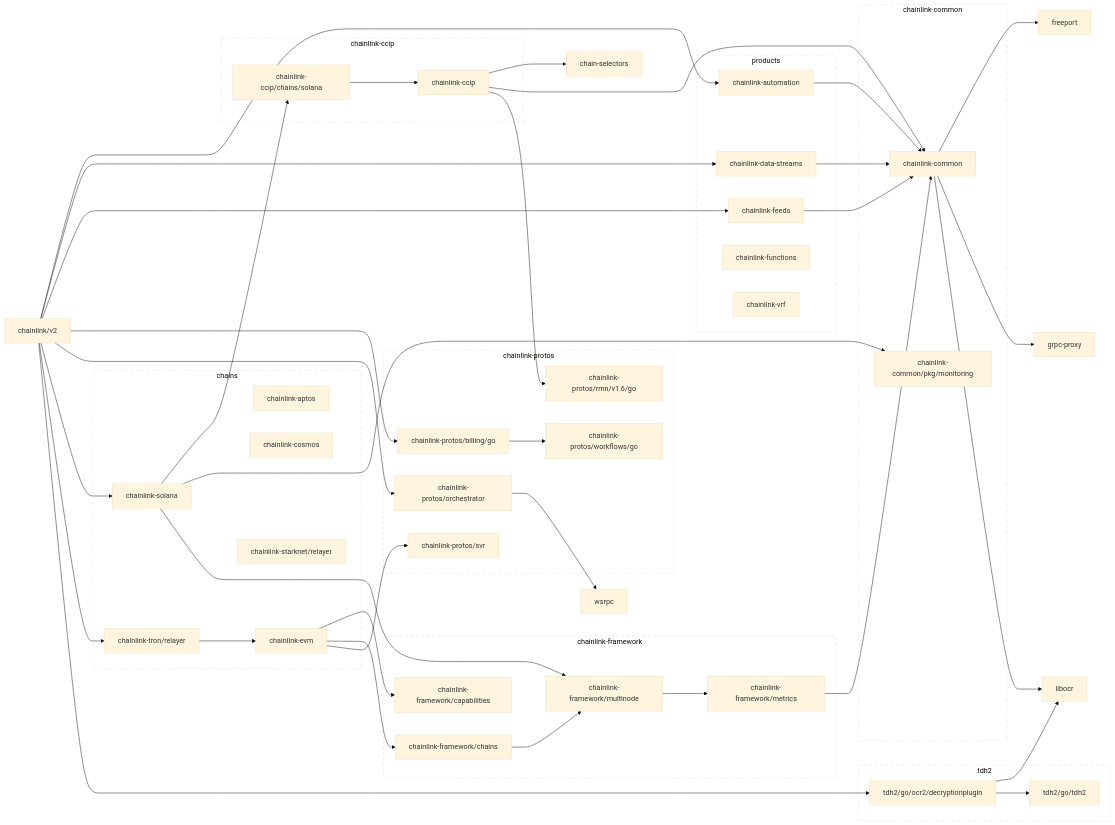
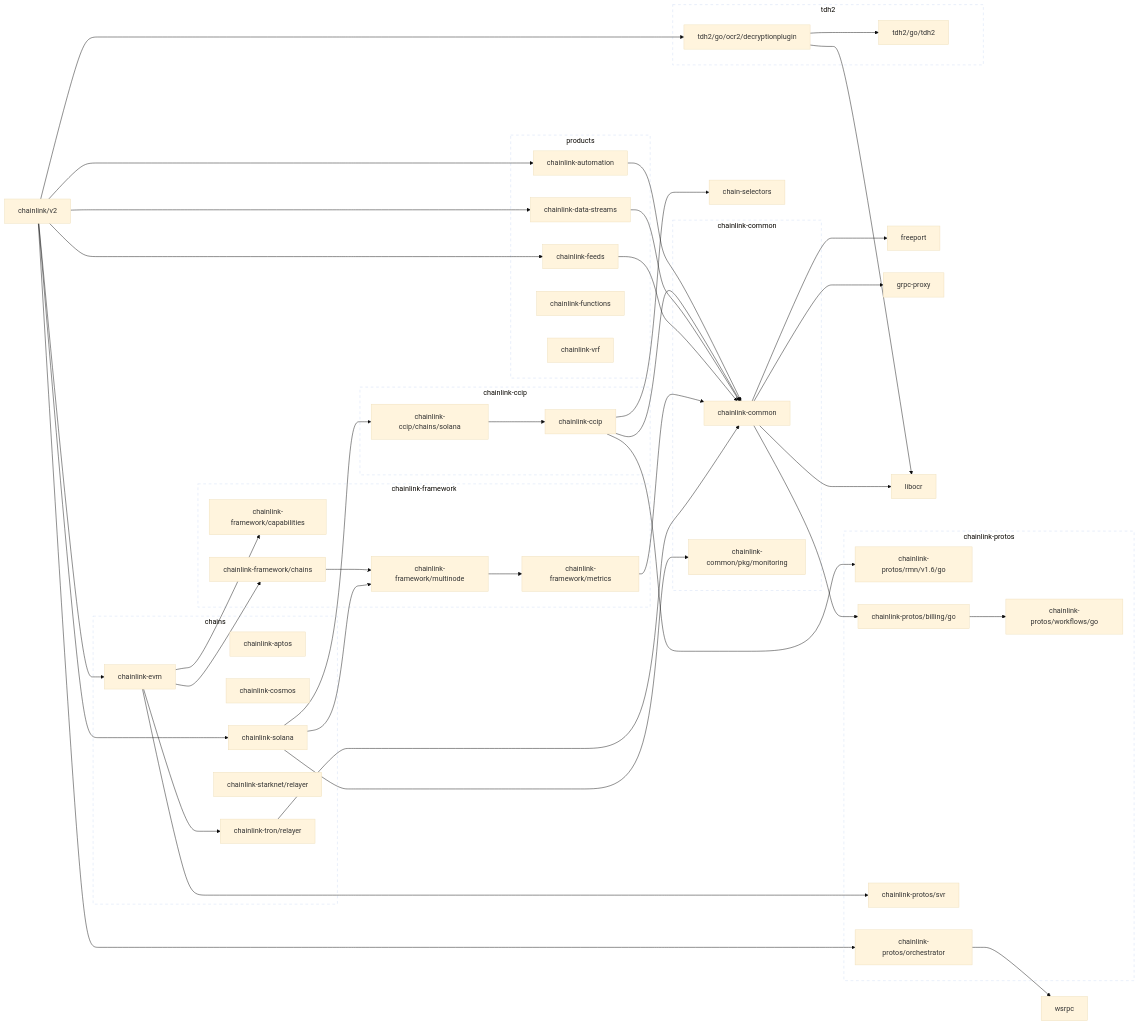
One commit to JohnDaWalka/chainlink changed the first of 2 diagrams in go.md. Above: the diagram before and after it, drawn with Mermaid (base theme). The commit also changed other lines of this file and 6 other files, not shown here.

First line of the commit message:
Bump chainlink-evm to include SenderAddress for gas estimation (#17997)

```diff
--- a/go.md
+++ b/go.md
@@ -32,6 +32,7 @@
 	click chainlink-ccip href "https://github.com/smartcontractkit/chainlink-ccip"
 	chainlink-ccip/chains/solana --> chainlink-ccip
 	click chainlink-ccip/chains/solana href "https://github.com/smartcontractkit/chainlink-ccip"
+	chainlink-common --> chainlink-protos/billing/go
 	chainlink-common --> freeport
 	chainlink-common --> grpc-proxy
 	chainlink-common --> libocr
@@ -43,6 +44,7 @@
 	chainlink-evm --> chainlink-framework/capabilities
 	chainlink-evm --> chainlink-framework/chains
 	chainlink-evm --> chainlink-protos/svr
+	chainlink-evm --> chainlink-tron/relayer
 	click chainlink-evm href "https://github.com/smartcontractkit/chainlink-evm"
 	chainlink-feeds --> chainlink-common
 	click chainlink-feeds href "https://github.com/smartcontractkit/chainlink-feeds"
@@ -68,15 +70,14 @@
 	chainlink-solana --> chainlink-common/pkg/monitoring
 	chainlink-solana --> chainlink-framework/multinode
 	click chainlink-solana href "https://github.com/smartcontractkit/chainlink-solana"
-	chainlink-tron/relayer --> chainlink-evm
+	chainlink-tron/relayer --> chainlink-common
 	click chainlink-tron/relayer href "https://github.com/smartcontractkit/chainlink-tron"
 	chainlink/v2 --> chainlink-automation
 	chainlink/v2 --> chainlink-data-streams
+	chainlink/v2 --> chainlink-evm
 	chainlink/v2 --> chainlink-feeds
-	chainlink/v2 --> chainlink-protos/billing/go
 	chainlink/v2 --> chainlink-protos/orchestrator
 	chainlink/v2 --> chainlink-solana
-	chainlink/v2 --> chainlink-tron/relayer
 	chainlink/v2 --> tdh2/go/ocr2/decryptionplugin
 	click chainlink/v2 href "https://github.com/smartcontractkit/chainlink"
 	freeport
```
